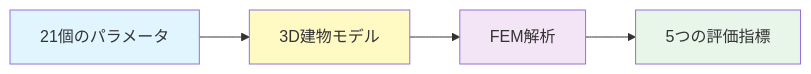
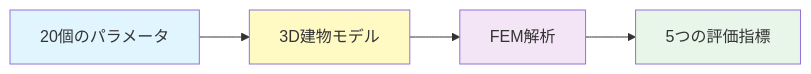
One commit to jkushida/ai-arch changed the first of 5 diagrams in generate_building_fem_analyze_report.md. Above: the diagram before and after it, drawn with Mermaid. The commit also changed other lines of this file and 11 other files, not shown here.

````diff
--- a/generate_building_fem_analyze_report.md
+++ b/generate_building_fem_analyze_report.md
@@ -14,11 +14,11 @@
 ```mermaid
 graph LR
-    A["21個のパラメータ"] --> B["3D建物モデル"]
+    A["20個のパラメータ"] --> B["3D建物モデル"]
     B --> C["FEM解析"]
     C --> D["5つの評価指標"]
     
     style A fill:#e1f5fe
     style B fill:#fff9c4
     style C fill:#f3e5f5
     style D fill:#e8f5e9
 ```
````
